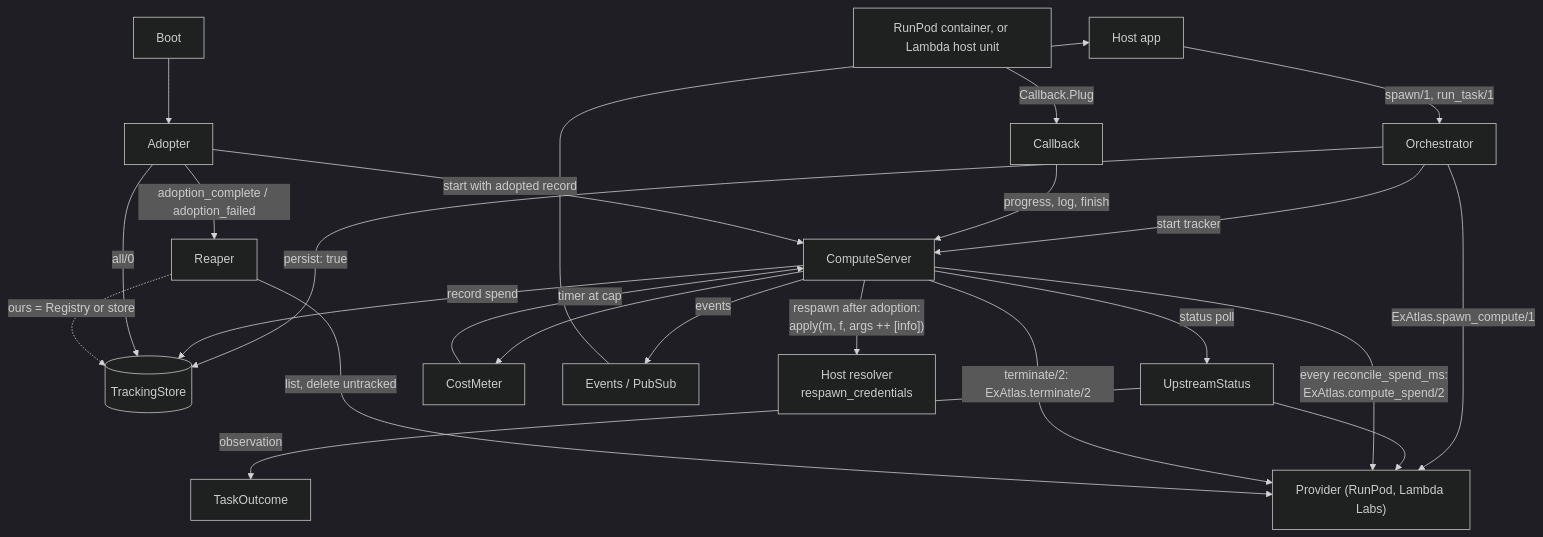
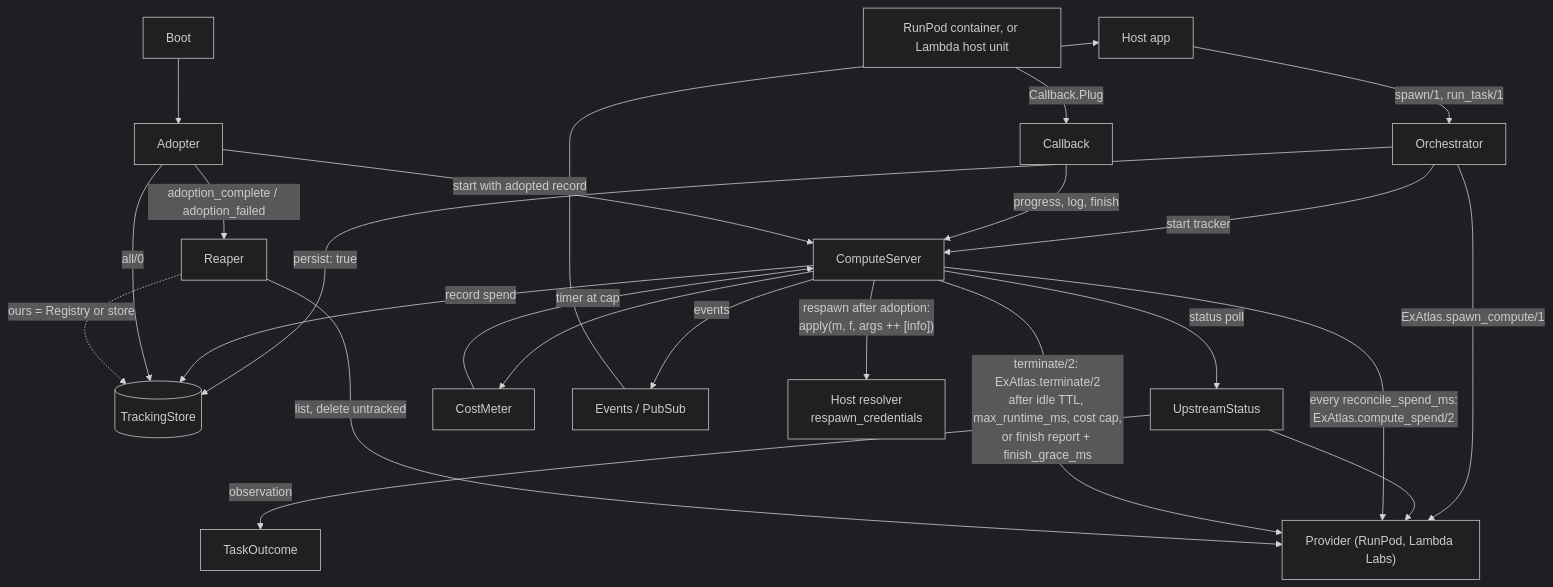
One commit to udin-io/ex_atlas changed the first of 5 diagrams in docs/architecture.md. Above: the diagram before and after it, drawn with Mermaid (dark theme). The commit also changed other lines of this file and 13 other files, not shown here.

First line of the commit message:
A finish report ends an interactive session whose command self-terminates (#97)

````diff
--- a/docs/architecture.md
+++ b/docs/architecture.md
@@ -60,26 +60,26 @@
 ```mermaid
 flowchart TD
   host["Host app"] -->|"spawn/1, run_task/1"| orc["Orchestrator"]
   orc -->|"ExAtlas.spawn_compute/1"| prov["Provider (RunPod, Lambda Labs)"]
   orc -->|"persist: true"| store[("TrackingStore")]
   orc -->|"start tracker"| cs["ComputeServer"]
   cs -->|"status poll"| us["UpstreamStatus"]
   us --> prov
   us -->|"observation"| to["TaskOutcome"]
   cs --> cm["CostMeter"]
   cm -->|"timer at cap"| cs
   cs -->|"every reconcile_spend_ms:<br/>ExAtlas.compute_spend/2"| prov
   cs -->|"record spend"| store
   cs -->|"events"| ev["Events / PubSub"]
   ev --> host
-  cs -->|"terminate/2: ExAtlas.terminate/2"| prov
+  cs -->|"terminate/2: ExAtlas.terminate/2<br/>after idle TTL, max_runtime_ms, cost cap,<br/>or finish report + finish_grace_ms"| prov
   pod["RunPod container, or Lambda host unit"] -->|"Callback.Plug"| cb["Callback"]
   cb -->|"progress, log, finish"| cs
   boot["Boot"] --> ad["Adopter"]
   ad -->|"all/0"| store
   ad -->|"start with adopted record"| cs
   cs -->|"respawn after adoption:<br/>apply(m, f, args ++ [info])"| res["Host resolver<br/>respawn_credentials"]
   ad -->|"adoption_complete / adoption_failed"| rp["Reaper"]
   rp -->|"list, delete untracked"| prov
   rp -.->|"ours = Registry or store"| store
 ```
````
